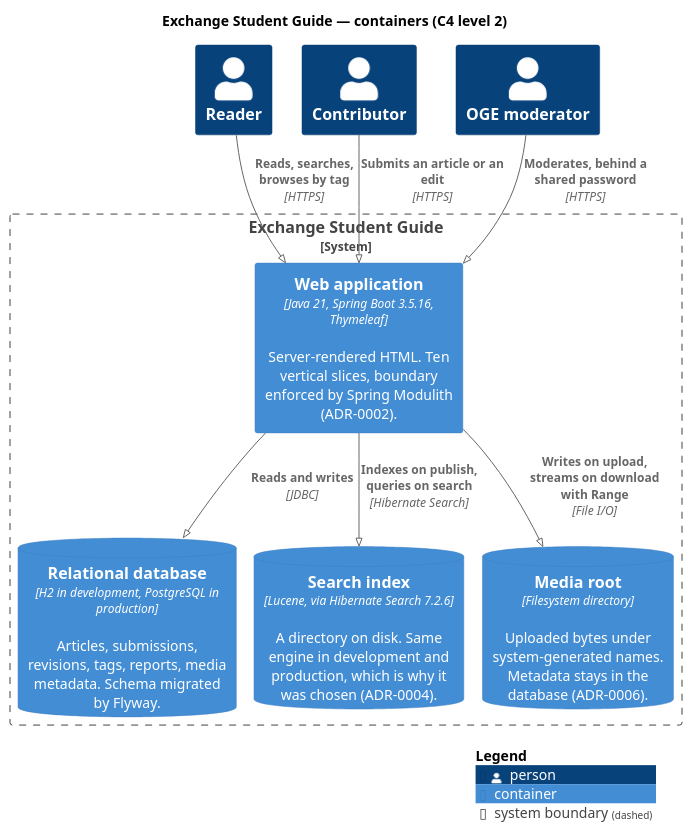
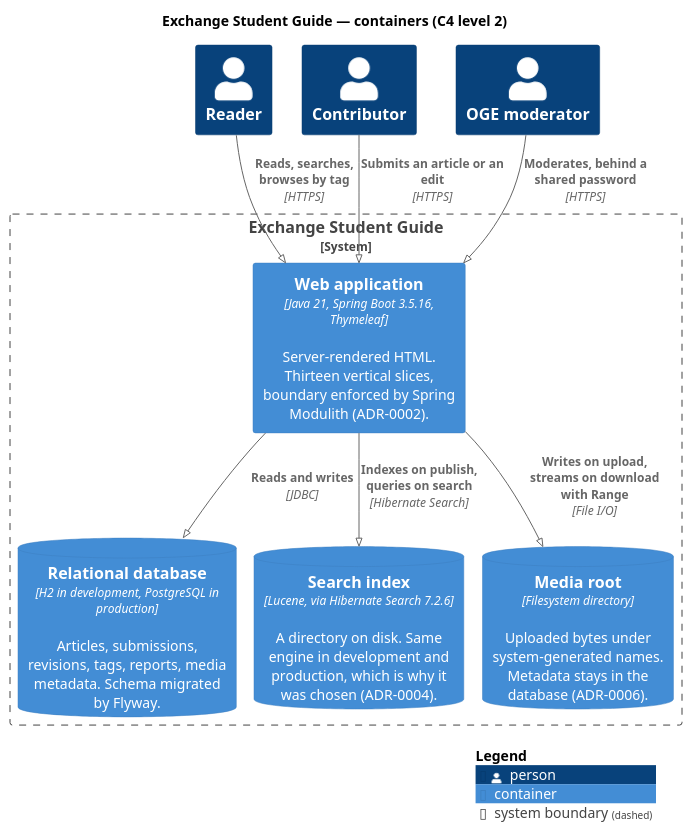
Before and after one commit to rikire/Exchange-Student-Guide-Platform: the diagram in docs/diagrams/src/c4-container.puml, drawn with PlantUML. The commit also changed 13 other files, not shown here.

Commit message:
docs(architecture): the component diagram as built, the slices by role and the main flow

```diff
--- a/docs/diagrams/src/c4-container.puml
+++ b/docs/diagrams/src/c4-container.puml
@@ -1,31 +1,31 @@
 @startuml c4-container
 ' C4 level 2 — containers.
 ' Three stores rather than one, and each is a decision with an ADR: the relational database, the
 ' Lucene index (ADR-0004) and the media root on the filesystem (ADR-0006). The index and the media
 ' root are the two things a restore forgets.
 !pragma layout smetana
 !include <C4/C4_Container>
 
 title Exchange Student Guide — containers (C4 level 2)
 
 Person(reader, "Reader")
 Person(contributor, "Contributor")
 Person(moderator, "OGE moderator")
 
 System_Boundary(guide, "Exchange Student Guide") {
-  Container(web, "Web application", "Java 21, Spring Boot 3.5.16, Thymeleaf", "Server-rendered HTML. Ten vertical slices, boundary enforced by Spring Modulith (ADR-0002).")
+  Container(web, "Web application", "Java 21, Spring Boot 3.5.16, Thymeleaf", "Server-rendered HTML. Thirteen vertical slices, boundary enforced by Spring Modulith (ADR-0002).")
   ContainerDb(db, "Relational database", "H2 in development, PostgreSQL in production", "Articles, submissions, revisions, tags, reports, media metadata. Schema migrated by Flyway.")
   ContainerDb(index, "Search index", "Lucene, via Hibernate Search 7.2.6", "A directory on disk. Same engine in development and production, which is why it was chosen (ADR-0004).")
   ContainerDb(media, "Media root", "Filesystem directory", "Uploaded bytes under system-generated names. Metadata stays in the database (ADR-0006).")
 }
 
 Rel(reader, web, "Reads, searches, browses by tag", "HTTPS")
 Rel(contributor, web, "Submits an article or an edit", "HTTPS")
 Rel(moderator, web, "Moderates, behind a shared password", "HTTPS")
 
 Rel(web, db, "Reads and writes", "JDBC")
 Rel(web, index, "Indexes on publish, queries on search", "Hibernate Search")
 Rel(web, media, "Writes on upload, streams on download with Range", "File I/O")
 
 SHOW_LEGEND()
 @enduml
```
